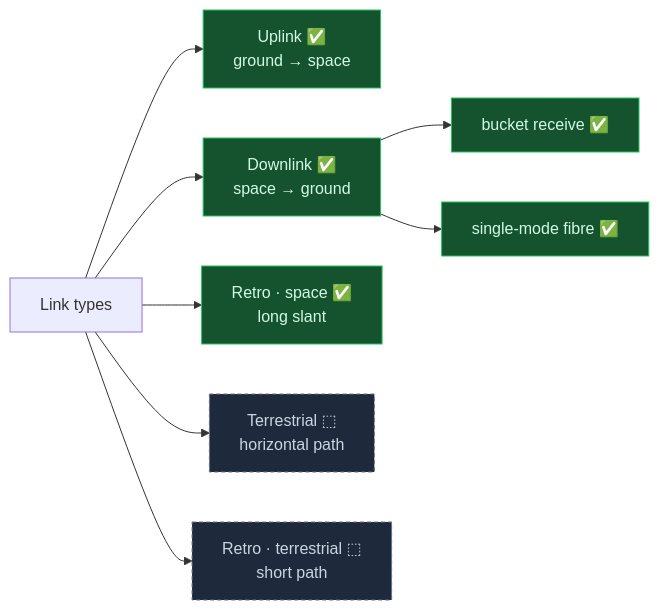
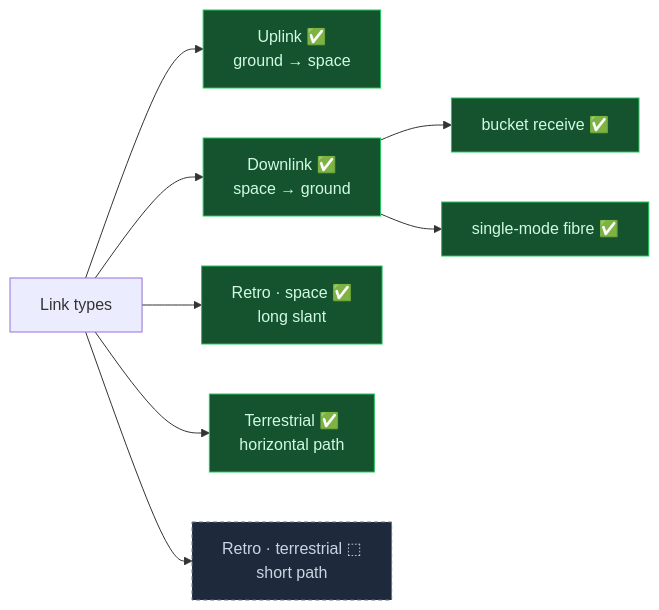
Before and after one commit to bigfraw/optical_link_budget: the first of 4 diagrams in README.md, drawn with Mermaid. The commit also changed other lines of this file and 2 other files, not shown here.

Commit message:
Add update skill and sync roadmap docs with the code
Add .claude/skills/update: a skill that reconciles the docs with the
code. It maps each changed code area to its home doc, verifies signatures
and DOIs against the source, and keeps the STE-100 conventions.

Sync the two docs the terrestrial and divergence work left stale:
- README roadmap: mark the terrestrial link done, drop it from planned.
- CLAUDE.md: describe the implemented terrestrial scintillation Term, and
  point the Next task at the collimated Gaussian-Fried generalisation.

````diff
--- a/README.md
+++ b/README.md
@@ -98,15 +98,15 @@
 ```mermaid
 flowchart LR
   L["Link types"]
   L --> U["Uplink ✅<br/>ground → space"]:::done
   L --> D["Downlink ✅<br/>space → ground"]:::done
   D --> DB["bucket receive ✅"]:::done
   D --> DF["single-mode fibre ✅"]:::done
   L --> R["Retro · space ✅<br/>long slant"]:::done
-  L --> TH["Terrestrial ⬚<br/>horizontal path"]:::planned
+  L --> TH["Terrestrial ✅<br/>horizontal path"]:::done
   L --> RT["Retro · terrestrial ⬚<br/>short path"]:::planned
 
   classDef done fill:#14532d,color:#d1fae5,stroke:#22c55e;
   classDef partial fill:#78350f,color:#fde68a,stroke:#f59e0b;
   classDef planned fill:#1e293b,color:#cbd5e1,stroke:#64748b,stroke-dasharray:4 3;
 ```
````
